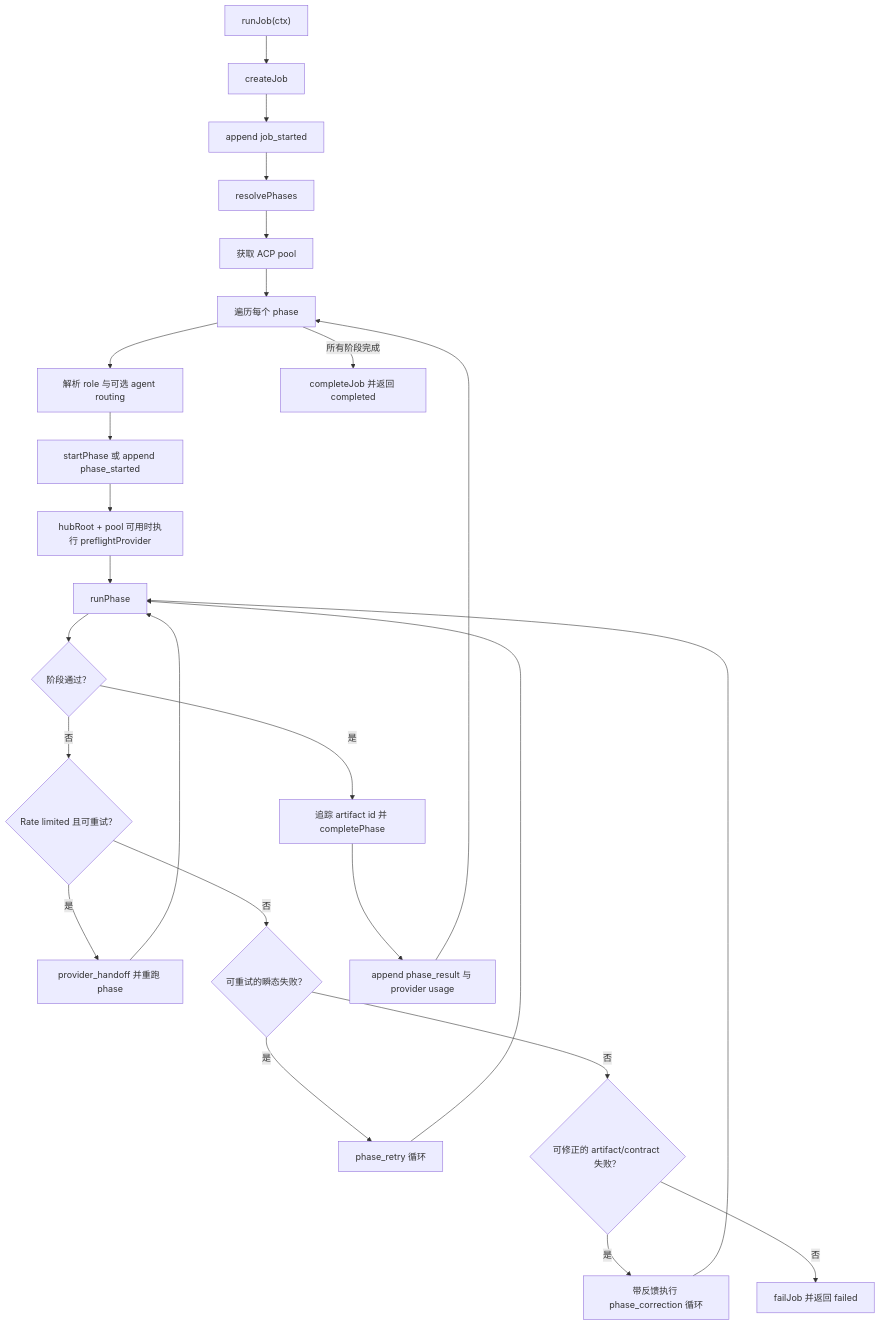
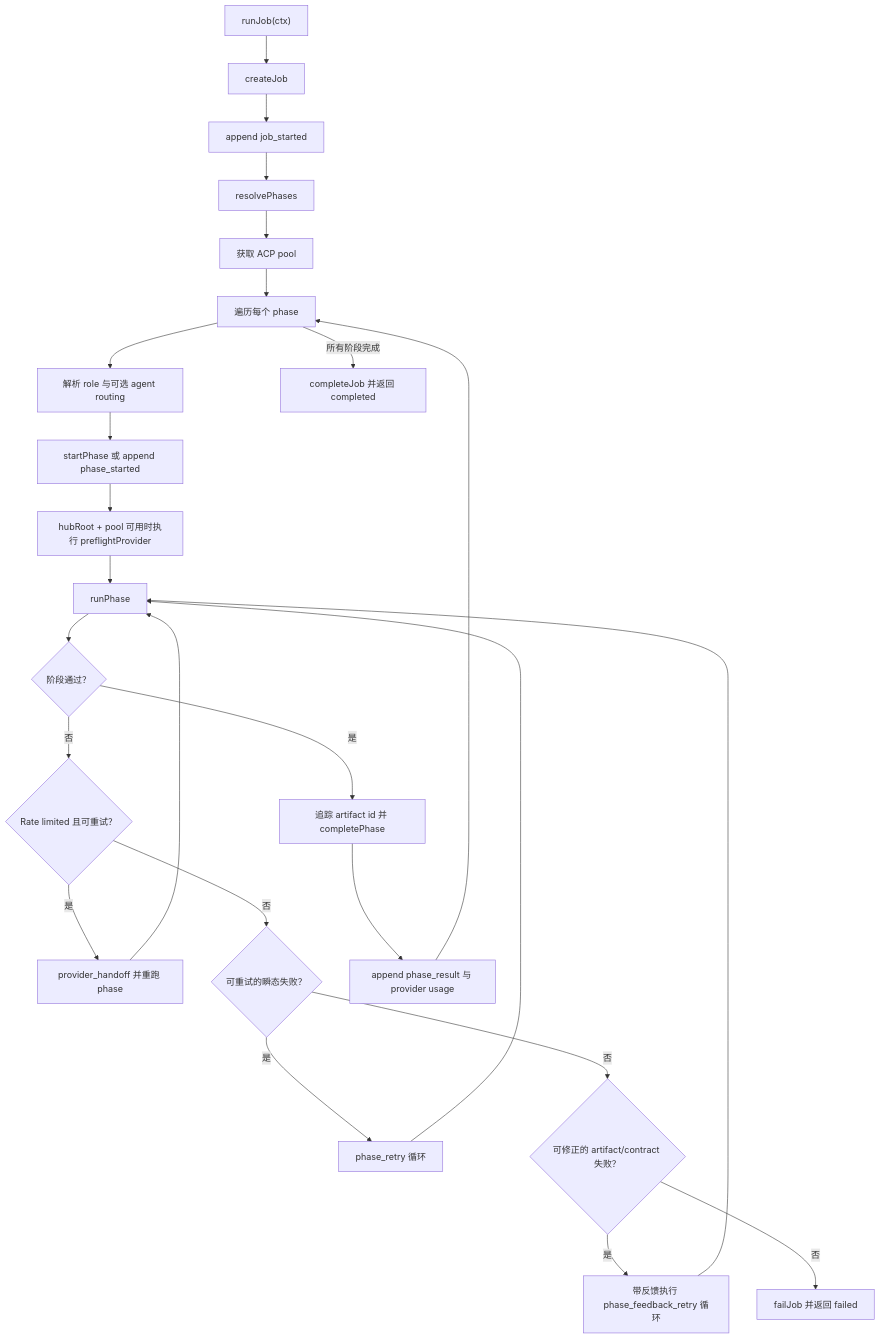
The tenth of 21 diagrams in docs/architecture/unit-flowcharts.md (changw98ic/codepatchbay), drawn with Mermaid before and after one commit. The commit also changed other lines of this file and 15 other files, not shown here.

````diff
--- a/docs/architecture/unit-flowcharts.md
+++ b/docs/architecture/unit-flowcharts.md
@@ -332,27 +332,27 @@
 ```mermaid
 flowchart TD
   A["runJob(ctx)"] --> B["createJob"]
   B --> C["append job_started"]
   C --> D["resolvePhases"]
   D --> E["获取 ACP pool"]
   E --> F["遍历每个 phase"]
   F --> G["解析 role 与可选 agent routing"]
   G --> H["startPhase 或 append phase_started"]
   H --> I["hubRoot + pool 可用时执行 preflightProvider"]
   I --> J["runPhase"]
   J --> K{"阶段通过？"}
   K -->|"是"| L["追踪 artifact id 并 completePhase"]
   K -->|"否"| M{"Rate limited 且可重试？"}
   M -->|"是"| N["provider_handoff 并重跑 phase"]
   N --> J
   M -->|"否"| O{"可重试的瞬态失败？"}
   O -->|"是"| P["phase_retry 循环"]
   P --> J
   O -->|"否"| Q{"可修正的 artifact/contract 失败？"}
-  Q -->|"是"| R["带反馈执行 phase_correction 循环"]
+  Q -->|"是"| R["带反馈执行 phase_feedback_retry 循环"]
   R --> J
   Q -->|"否"| S["failJob 并返回 failed"]
   L --> T["append phase_result 与 provider usage"]
   T --> F
   F -->|"所有阶段完成"| U["completeJob 并返回 completed"]
 ```
````
